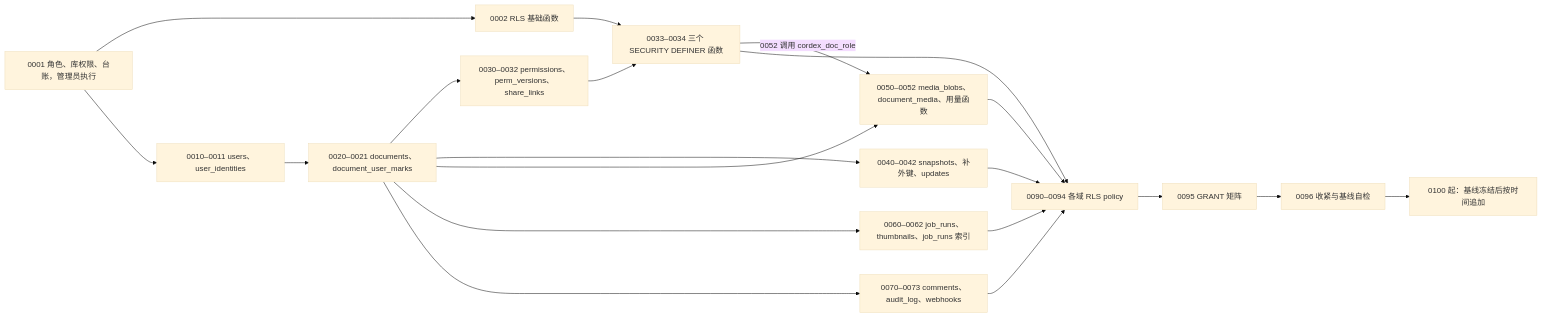
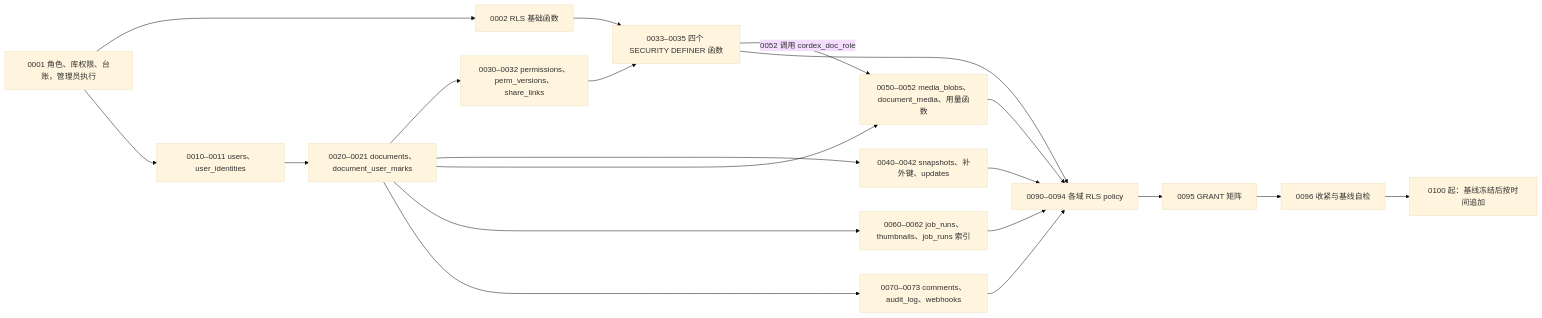
The sixth of 6 diagrams in docs/60-backend/08-db-conventions-roles-rls-migrations.md (Xeonice/cordis-ppt-editor), drawn with Mermaid (base theme) before and after one commit. The commit also changed other lines of this file and 17 other files, not shown here.

````diff
--- a/docs/60-backend/08-db-conventions-roles-rls-migrations.md
+++ b/docs/60-backend/08-db-conventions-roles-rls-migrations.md
@@ -511,22 +512,22 @@
 ```mermaid
 flowchart LR
   m0001["0001 角色、库权限、台账，管理员执行"] --> m0002["0002 RLS 基础函数"]
   m0001 --> m0010["0010–0011 users、user_identities"]
   m0010 --> m0020["0020–0021 documents、document_user_marks"]
   m0020 --> m0030["0030–0032 permissions、perm_versions、share_links"]
-  m0030 --> m0033["0033–0034 三个 SECURITY DEFINER 函数"]
+  m0030 --> m0033["0033–0035 四个 SECURITY DEFINER 函数"]
   m0002 --> m0033
   m0020 --> m0040["0040–0042 snapshots、补外键、updates"]
   m0020 --> m0050["0050–0052 media_blobs、document_media、用量函数"]
   m0033 -- "0052 调用 cordex_doc_role" --> m0050
   m0020 --> m0060["0060–0062 job_runs、thumbnails、job_runs 索引"]
   m0020 --> m0070["0070–0073 comments、audit_log、webhooks"]
   m0033 --> rls["0090–0094 各域 RLS policy"]
   m0040 --> rls
   m0050 --> rls
   m0060 --> rls
   m0070 --> rls
   rls --> m0095["0095 GRANT 矩阵"]
   m0095 --> m0096["0096 收紧与基线自检"]
   m0096 --> later["0100 起：基线冻结后按时间追加"]
 ```
````
